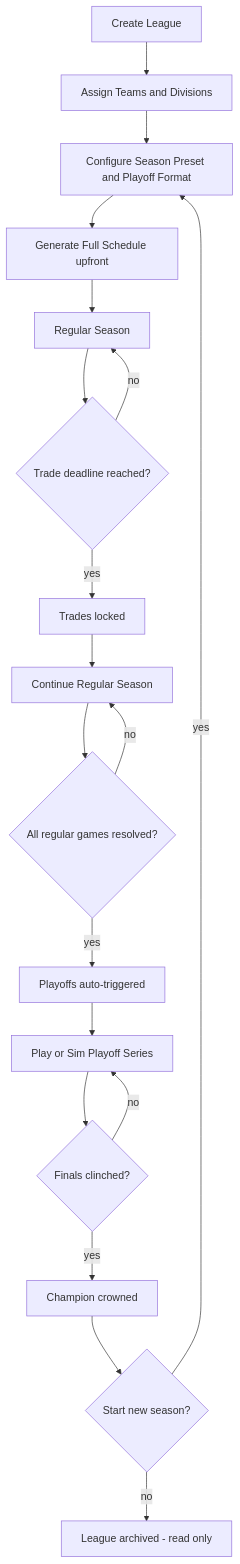
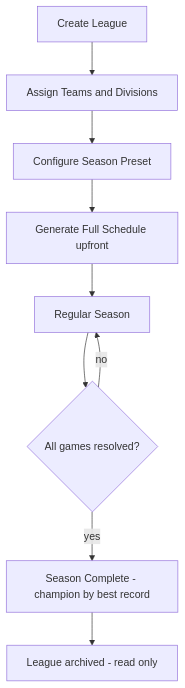
The diagram in docs/league-mode/README.md (maniator/blipit-legends), drawn with Mermaid before and after one commit. The commit also changed other lines of this file, not shown here.

Commit message:
docs: reframe README for staged roadmap — near-term vs future phases

````diff
--- a/docs/league-mode/README.md
+++ b/docs/league-mode/README.md
@@ -14,21 +14,11 @@
 ```mermaid
 flowchart TD
     A[Create League] --> B[Assign Teams and Divisions]
-    B --> C[Configure Season Preset and Playoff Format]
+    B --> C[Configure Season Preset]
     C --> D[Generate Full Schedule upfront]
     D --> E[Regular Season]
-    E --> F{Trade deadline reached?}
+    E --> F{All games resolved?}
     F -->|no| E
-    F -->|yes| G[Trades locked]
-    G --> H[Continue Regular Season]
-    H --> I{All regular games resolved?}
-    I -->|no| H
-    I -->|yes| J[Playoffs auto-triggered]
-    J --> K[Play or Sim Playoff Series]
-    K --> L{Finals clinched?}
-    L -->|no| K
-    L -->|yes| M[Champion crowned]
-    M --> N{Start new season?}
-    N -->|yes| C
-    N -->|no| O[League archived - read only]
+    F -->|yes| G[Season Complete - champion by best record]
+    G --> H[League archived - read only]
 ```
````
